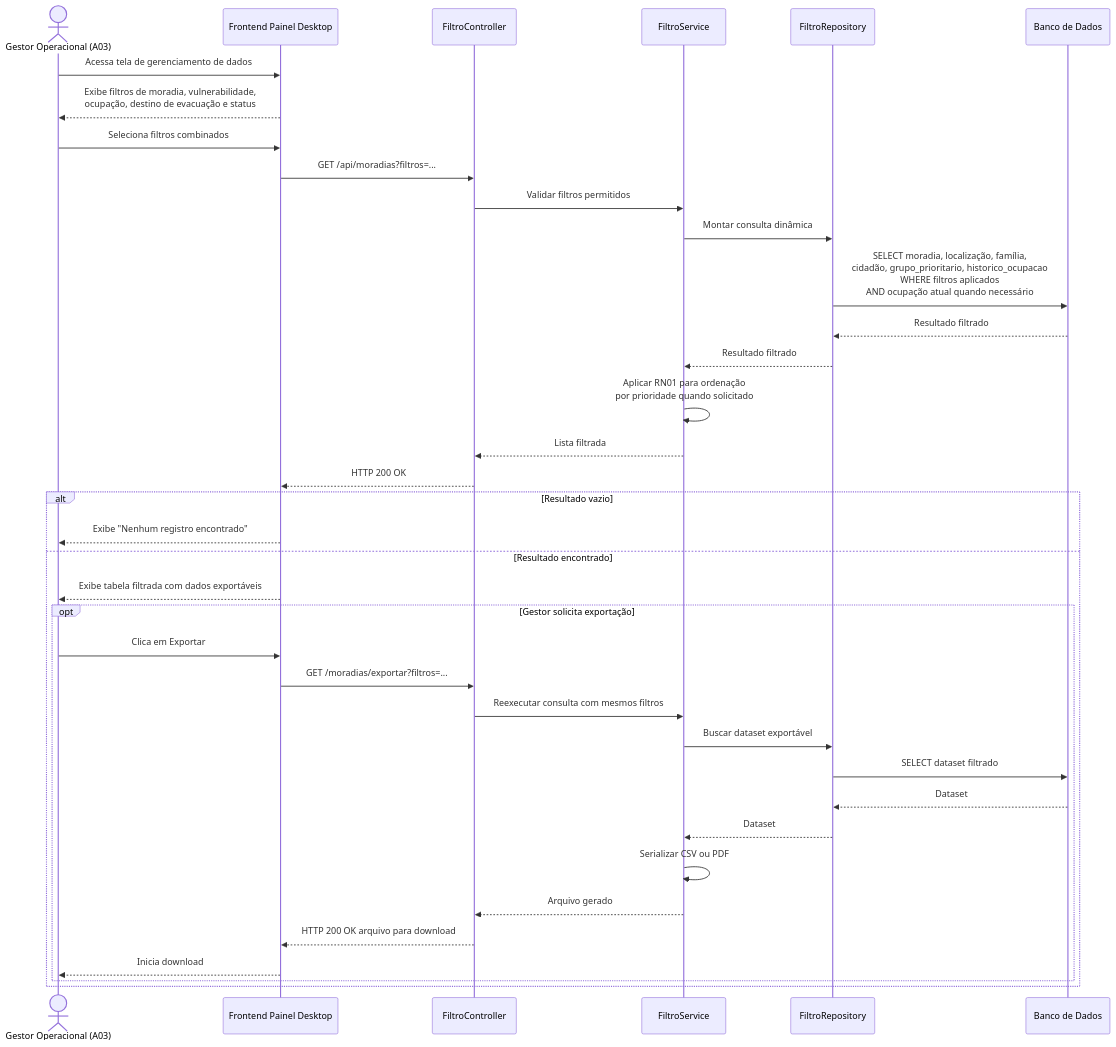
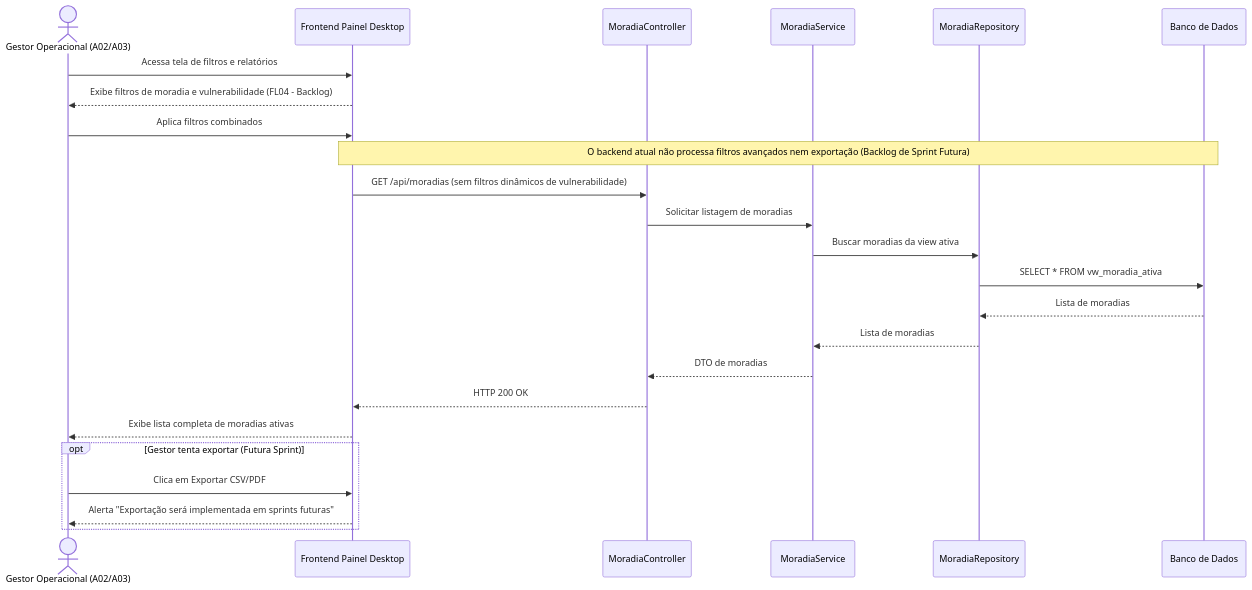
One commit to davitricarico-wq/g03 changed the fifth of 20 diagrams in documentos/wad.md. Above: the diagram before and after it, drawn with Mermaid. The commit also changed other lines of this file, not shown here.

Commit message:
docs(#153): fl04 e fl05 do diagrama de sequencia UML atualizado com base no backend e endpoints atuais e estrutura da sessão organizada

````diff
--- a/documentos/wad.md
+++ b/documentos/wad.md
@@ -837,43 +836,30 @@
 ```mermaid
 sequenceDiagram
-    actor Gestor as Gestor Operacional (A03)
+    actor Gestor as Gestor Operacional (A02/A03)
     participant Frontend as Frontend Painel Desktop
-    participant Controller as FiltroController
-    participant Service as FiltroService
-    participant Repository as FiltroRepository
+    participant Controller as MoradiaController
+    participant Service as MoradiaService
+    participant Repository as MoradiaRepository
     participant DB as Banco de Dados
 
-    Gestor->>Frontend: Acessa tela de gerenciamento de dados
-    Frontend-->>Gestor: Exibe filtros de moradia, vulnerabilidade,<br/>ocupação, destino de evacuação e status
-    Gestor->>Frontend: Seleciona filtros combinados
+    Gestor->>Frontend: Acessa tela de filtros e relatórios
+    Frontend-->>Gestor: Exibe filtros de moradia e vulnerabilidade (FL04 - Backlog)
+    Gestor->>Frontend: Aplica filtros combinados
 
-    Frontend->>Controller: GET /api/moradias?filtros=...
-    Controller->>Service: Validar filtros permitidos
-    Service->>Repository: Montar consulta dinâmica
-    Repository->>DB: SELECT moradia, localização, família,<br/>cidadão, grupo_prioritario, historico_ocupacao<br/>WHERE filtros aplicados<br/>AND ocupação atual quando necessário
-    DB-->>Repository: Resultado filtrado
-    Repository-->>Service: Resultado filtrado
-    Service->>Service: Aplicar RN01 para ordenação<br/>por prioridade quando solicitado
-    Service-->>Controller: Lista filtrada
+    Note over Frontend,DB: O backend atual não processa filtros avançados nem exportação (Backlog de Sprint Futura)
+
+    Frontend->>Controller: GET /api/moradias (sem filtros dinâmicos de vulnerabilidade)
+    Controller->>Service: Solicitar listagem de moradias
+    Service->>Repository: Buscar moradias da view ativa
+    Repository->>DB: SELECT * FROM vw_moradia_ativa
+    DB-->>Repository: Lista de moradias
+    Repository-->>Service: Lista de moradias
+    Service-->>Controller: DTO de moradias
     Controller-->>Frontend: HTTP 200 OK
+    Frontend-->>Gestor: Exibe lista completa de moradias ativas
 
-    alt Resultado vazio
-        Frontend-->>Gestor: Exibe "Nenhum registro encontrado"
-    else Resultado encontrado
-        Frontend-->>Gestor: Exibe tabela filtrada com dados exportáveis
-
-        opt Gestor solicita exportação
-            Gestor->>Frontend: Clica em Exportar
-            Frontend->>Controller: GET /moradias/exportar?filtros=...
-            Controller->>Service: Reexecutar consulta com mesmos filtros
-            Service->>Repository: Buscar dataset exportável
-            Repository->>DB: SELECT dataset filtrado
-            DB-->>Repository: Dataset
-            Repository-->>Service: Dataset
-            Service->>Service: Serializar CSV ou PDF
-            Service-->>Controller: Arquivo gerado
-            Controller-->>Frontend: HTTP 200 OK arquivo para download
-            Frontend-->>Gestor: Inicia download
-        end
+    opt Gestor tenta exportar (Futura Sprint)
+        Gestor->>Frontend: Clica em Exportar CSV/PDF
+        Frontend-->>Gestor: Alerta "Exportação será implementada em sprints futuras"
     end
 ```
````
